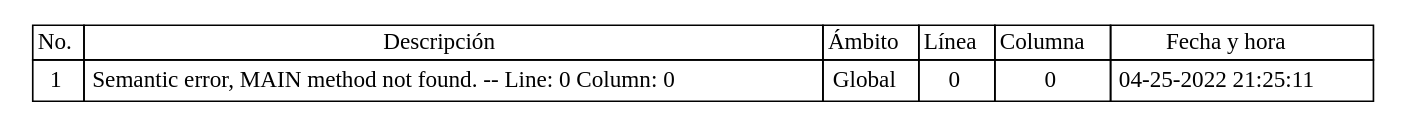
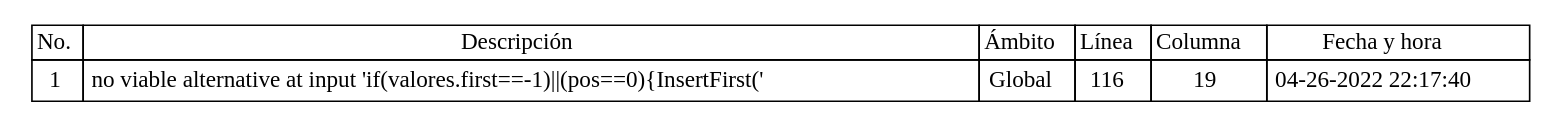
Before and after one commit to Jodyannre/COMPI2_proyecto2_2022: the diagram in Back/Web/tablas/tablaErrores.dot, drawn with Graphviz. The commit also changed 14 other files, not shown here.

```diff
--- a/Back/Web/tablas/tablaErrores.dot
+++ b/Back/Web/tablas/tablaErrores.dot
@@ -1,36 +1,36 @@
 
 	digraph {
 		tablaSimbolos [
 		  shape=plaintext
 		  label=<
 			<table border='0' cellborder='1' color='black' cellspacing='0'>
 			  <tr>
 				  <td>No.</td>
 				  <td>Descripción</td>
 				  <td>Ámbito</td>
 				  <td>Línea</td>
 				  <td>Columna</td>
 				  <td>Fecha y hora</td>
 			  </tr>
 	
 <tr>
 <td cellpadding='4'>
 1
 </td>
-<td cellpadding='4'>Semantic error, MAIN method not found. -- Line: 0 Column: 0
+<td cellpadding='4'>no viable alternative at input 'if(valores.first==-1)||(pos==0){InsertFirst('
 </td>
 <td cellpadding='4'>Global
 </td>
-<td cellpadding='4'>0
+<td cellpadding='4'>116
 </td>
 <td cellpadding='4'>
-0
+19
 </td>
 <td cellpadding='4'>
-04-25-2022 21:25:11
+04-26-2022 22:17:40
 </td>
 </tr>
 
 		</table>
 		>];
 	}
```
